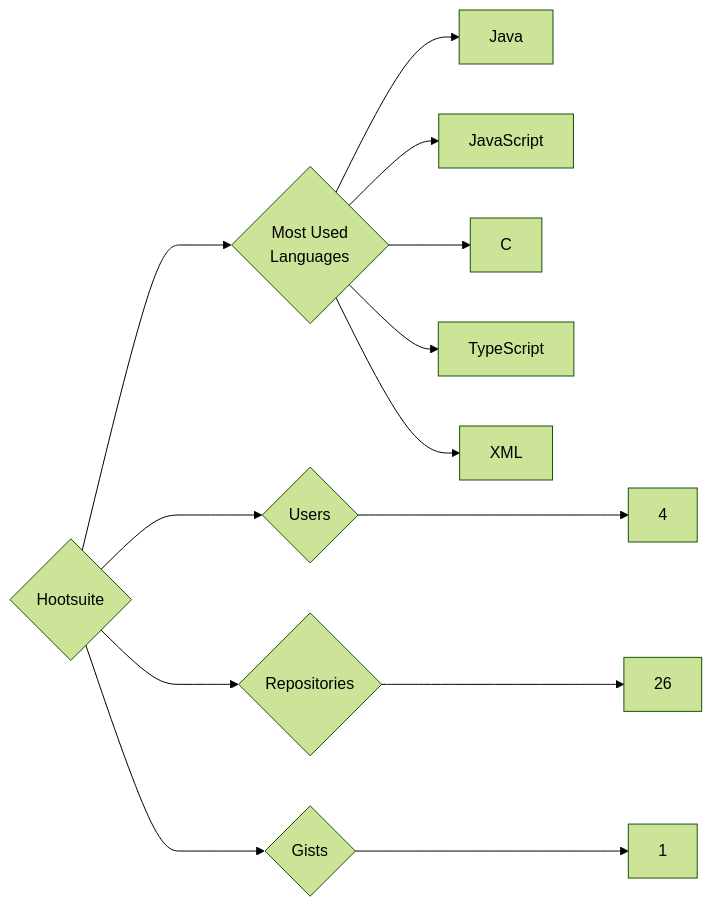
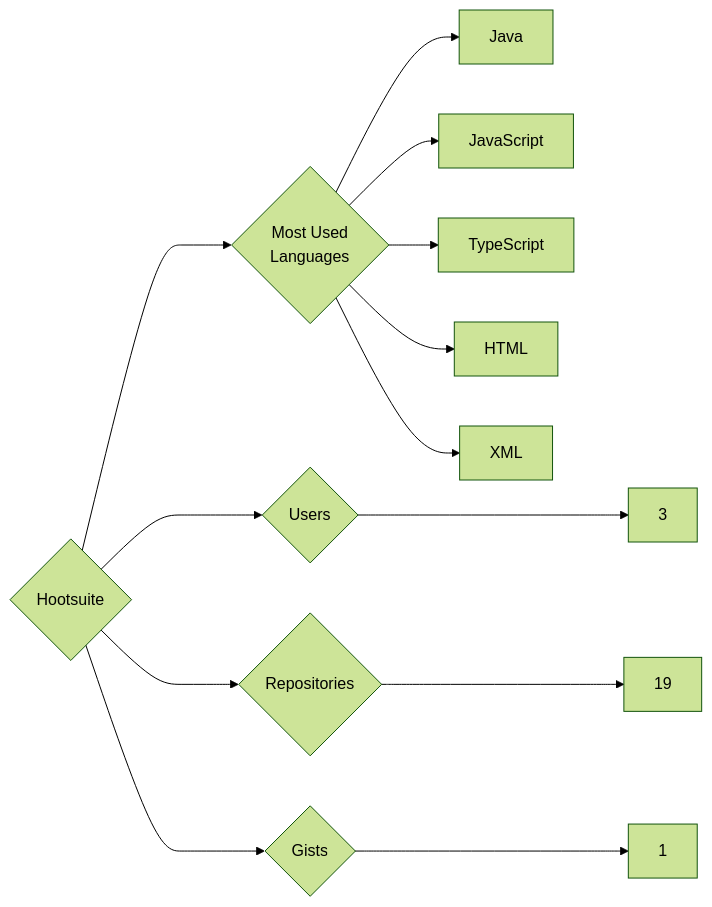
Before and after one commit to trickest/insiders: the diagram in targets/Hootsuite/README.md, drawn with Mermaid (forest theme). The commit also changed 880 other files, not shown here.

````diff
--- a/targets/Hootsuite/README.md
+++ b/targets/Hootsuite/README.md
@@ -3,13 +3,13 @@
 ```mermaid
 graph LR
 COMPANY_NAME{Hootsuite}
-COMPANY_NAME ---> U{Users} ---> UN[4]
-COMPANY_NAME ---> R{Repositories} ---> RN[26]
+COMPANY_NAME ---> U{Users} ---> UN[3]
+COMPANY_NAME ---> R{Repositories} ---> RN[19]
 COMPANY_NAME ---> G{Gists} ---> GN[1]
 COMPANY_NAME ---> ML{Most Used<br>Languages}
 ML --> Java[Java]
 ML --> JavaScript[JavaScript]
-ML --> C[C]
 ML --> TypeScript[TypeScript]
+ML --> HTML[HTML]
 ML --> XML[XML]
 ```
````
